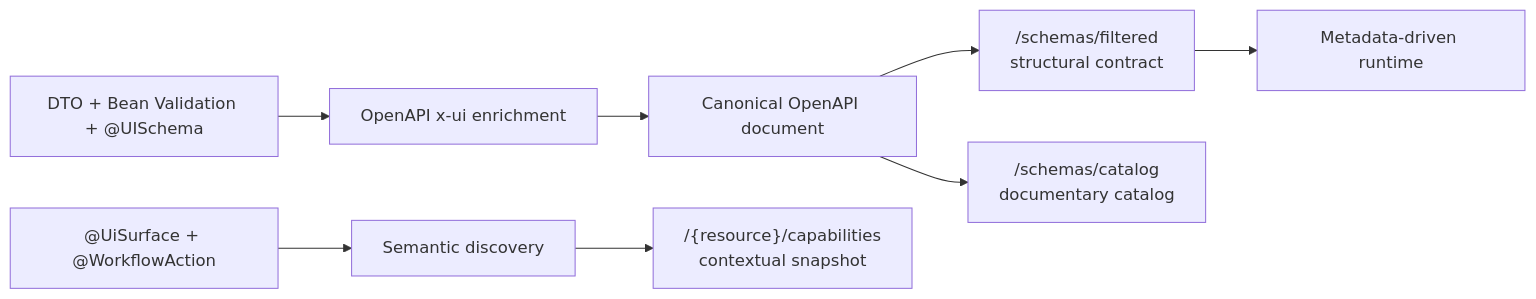
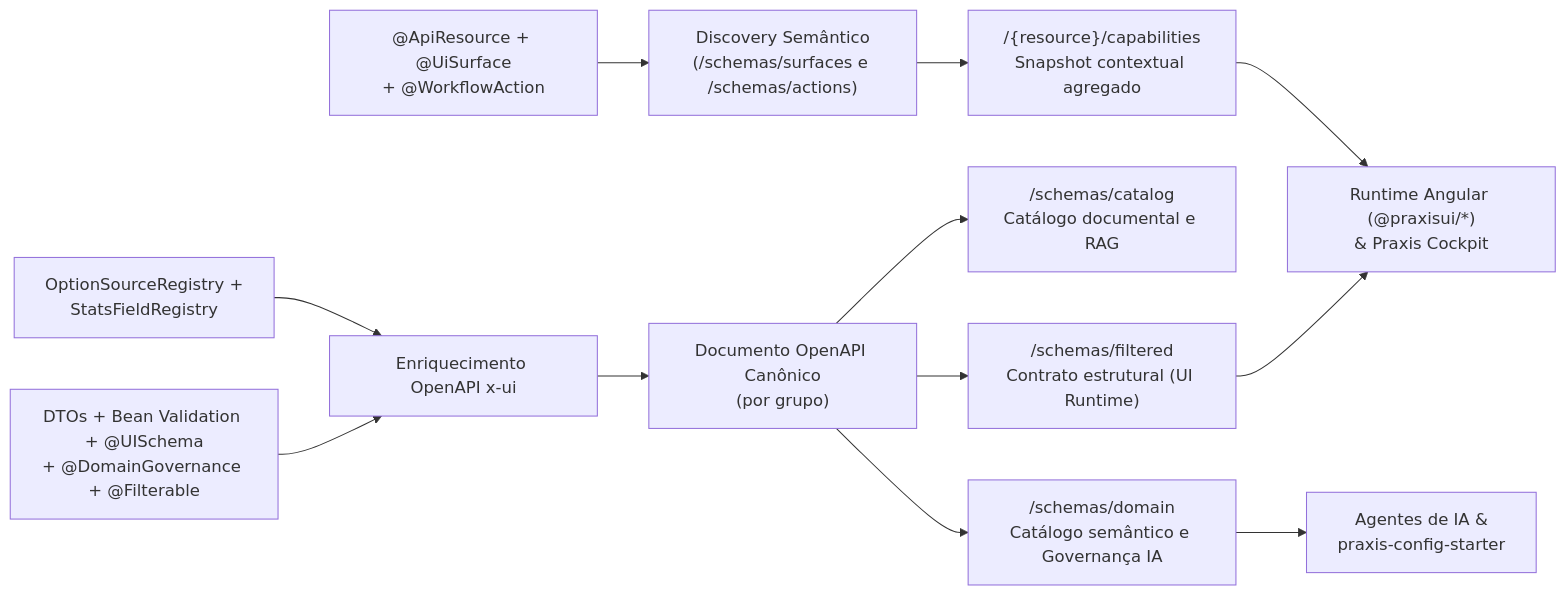
The diagram in README.md (codexrodrigues/praxis-metadata-starter), drawn with Mermaid before and after one commit. The commit also changed other lines of this file and 28 other files, not shown here.

Commit message:
feat(capability): add resource state snapshot scope and update documentation

````diff
--- a/README.md
+++ b/README.md
@@ -121,10 +212,14 @@
 ```mermaid
 flowchart LR
-    dto["DTO + Bean Validation + @UISchema"] --> enrich["OpenAPI x-ui enrichment"]
-    enrich --> openapi["Canonical OpenAPI document"]
-    openapi --> filtered["/schemas/filtered\nstructural contract"]
-    openapi --> catalog["/schemas/catalog\ndocumentary catalog"]
-    annotations["@UiSurface + @WorkflowAction"] --> discovery["Semantic discovery"]
-    discovery --> capabilities["/{resource}/capabilities\ncontextual snapshot"]
-    filtered --> runtime["Metadata-driven runtime"]
+    dto["DTOs + Bean Validation + @UISchema\n+ @DomainGovernance + @Filterable"] --> enrich["Enriquecimento OpenAPI x-ui"]
+    registry["OptionSourceRegistry +\nStatsFieldRegistry"] --> enrich
+    enrich --> openapi["Documento OpenAPI Canônico\n(por grupo)"]
+    openapi --> filtered["/schemas/filtered\nContrato estrutural (UI Runtime)"]
+    openapi --> catalog["/schemas/catalog\nCatálogo documental e RAG"]
+    openapi --> domain["/schemas/domain\nCatálogo semântico e Governança IA"]
+    annotations["@ApiResource + @UiSurface\n+ @WorkflowAction"] --> discovery["Discovery Semântico\n(/schemas/surfaces e /schemas/actions)"]
+    discovery --> capabilities["/{resource}/capabilities\nSnapshot contextual agregado"]
+    filtered --> runtime["Runtime Angular (@praxisui/*)\n& Praxis Cockpit"]
+    capabilities --> runtime
+    domain --> ai["Agentes de IA &\npraxis-config-starter"]
 ```
````
